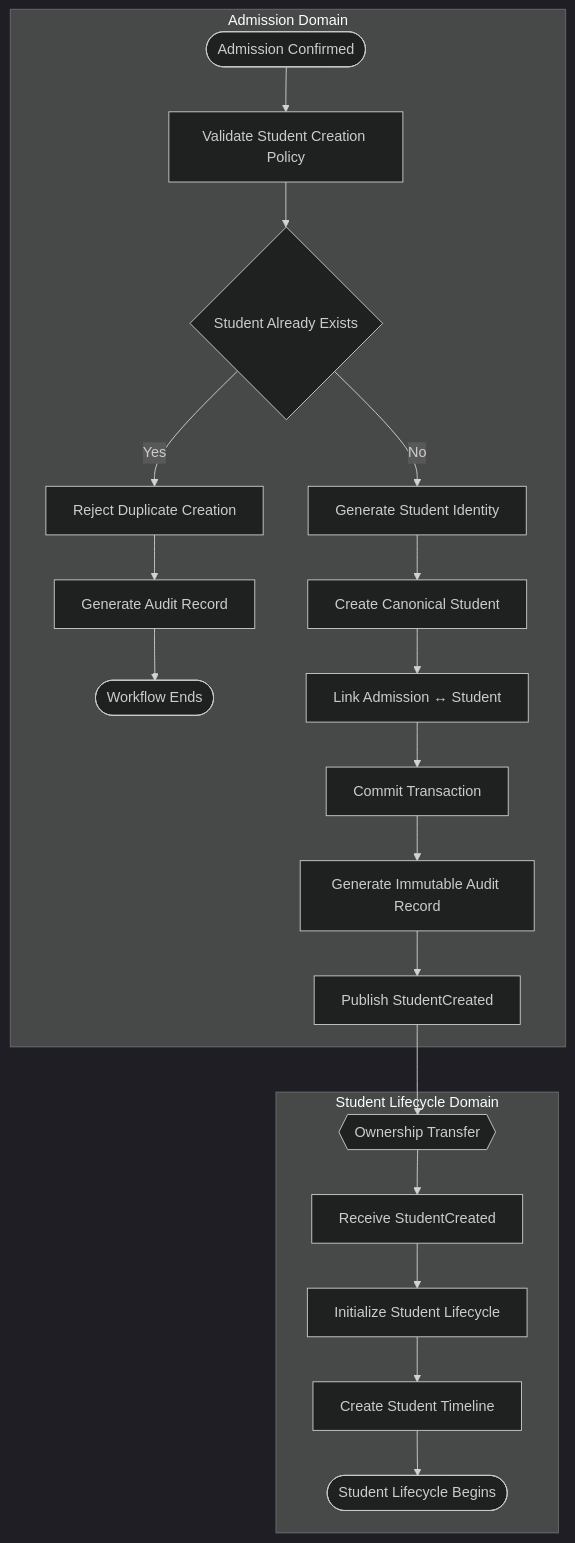
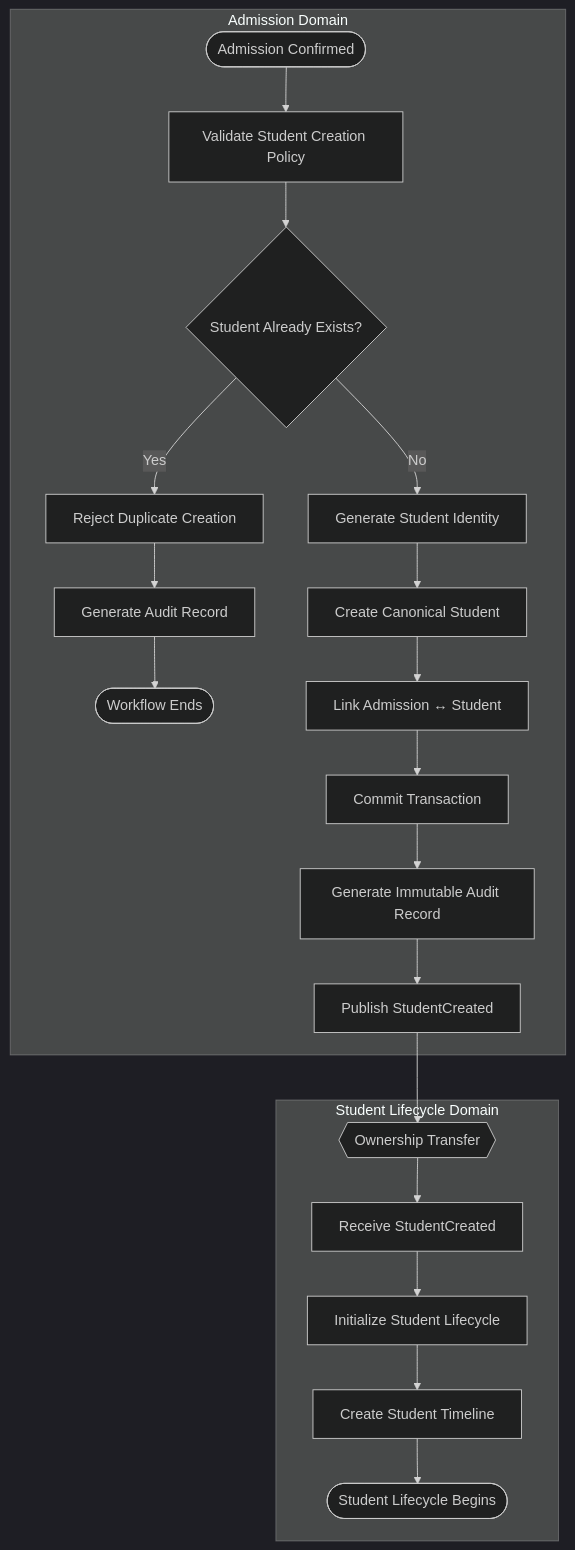
Diagram 17 of 24 in architecture/L2_Domain_Workflow_Architecture/section-c/L2-C01_Admissions_Workflows.md (Varad1604/ERP_hark), drawn with Mermaid (dark theme) before and after one commit. The commit also changed other lines of this file and 39 other files, not shown here.

````diff
--- a/architecture/L2_Domain_Workflow_Architecture/section-c/L2-C01_Admissions_Workflows.md
+++ b/architecture/L2_Domain_Workflow_Architecture/section-c/L2-C01_Admissions_Workflows.md
@@ -8061,57 +8061,57 @@
 ```mermaid
 flowchart TD
 
 %% ==========================================================
 %% Admission Domain
 %% ==========================================================
 
 subgraph AD["Admission Domain"]
 
 A([Admission Confirmed])
 
 --> B[Validate Student Creation Policy]
 
---> C{Student Already Exists}
+--> C{Student Already Exists?}
 
 C -- Yes --> D[Reject Duplicate Creation]
 
 D --> E[Generate Audit Record]
 
 E --> END1([Workflow Ends])
 
 C -- No --> F[Generate Student Identity]
 
 F --> G[Create Canonical Student]
 
 G --> H[Link Admission ↔ Student]
 
 H --> I[Commit Transaction]
 
 I --> J[Generate Immutable Audit Record]
 
 J --> K[Publish StudentCreated]
 
 end
 
 %% ==========================================================
 %% Ownership Transfer
 %% ==========================================================
 
 K --> L{{Ownership Transfer}}
 
 %% ==========================================================
 %% Student Domain
 %% ==========================================================
 
 subgraph SD["Student Lifecycle Domain"]
 
 L --> M[Receive StudentCreated]
 
 M --> N[Initialize Student Lifecycle]
 
 N --> O[Create Student Timeline]
 
 O --> P([Student Lifecycle Begins])
 
 end
 ```
````
